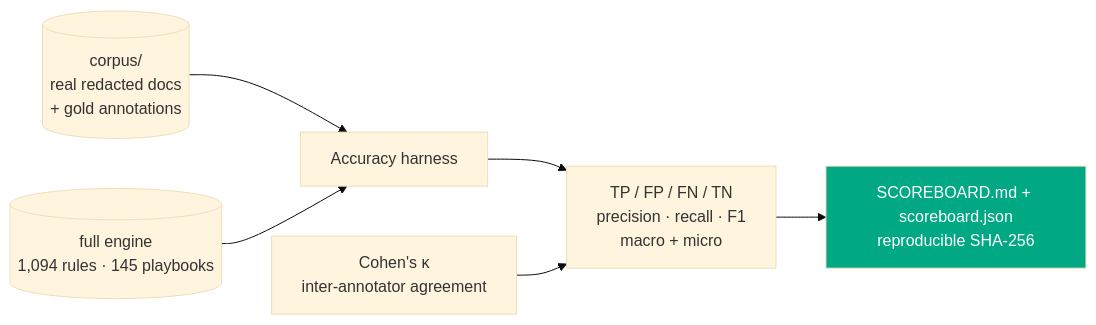
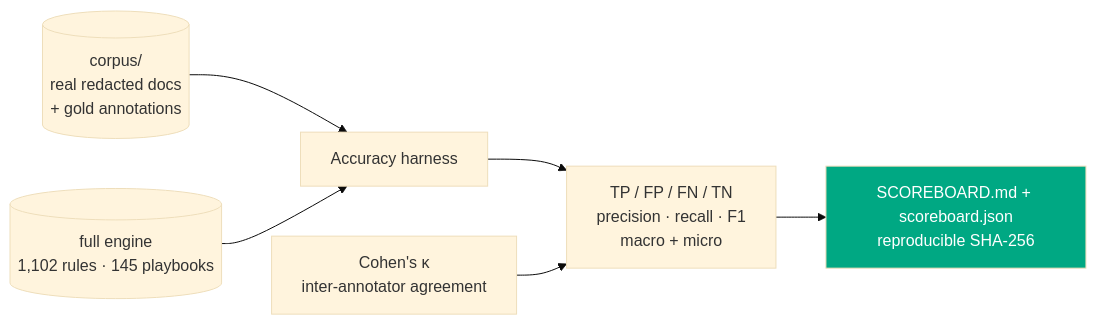
The seventh of 11 diagrams in README.md (clay-good/vaulytica), drawn with Mermaid (base theme) before and after one commit. The commit also changed other lines of this file and 107 other files, not shown here.

````diff
--- a/README.md
+++ b/README.md
@@ -1204,9 +1204,9 @@
 ```mermaid
 flowchart LR
   C[(corpus/<br/>real redacted docs<br/>+ gold annotations)] --> H[Accuracy harness]
-  R[(full engine<br/>1,094 rules · 145 playbooks)] --> H
+  R[(full engine<br/>1,102 rules · 145 playbooks)] --> H
   H --> M[TP / FP / FN / TN<br/>precision · recall · F1<br/>macro + micro]
   M --> S[SCOREBOARD.md + scoreboard.json<br/>reproducible SHA-256]
   K[Cohen's κ<br/>inter-annotator agreement] --> M
   style S fill:#00A883,color:#fff
 ```
````
